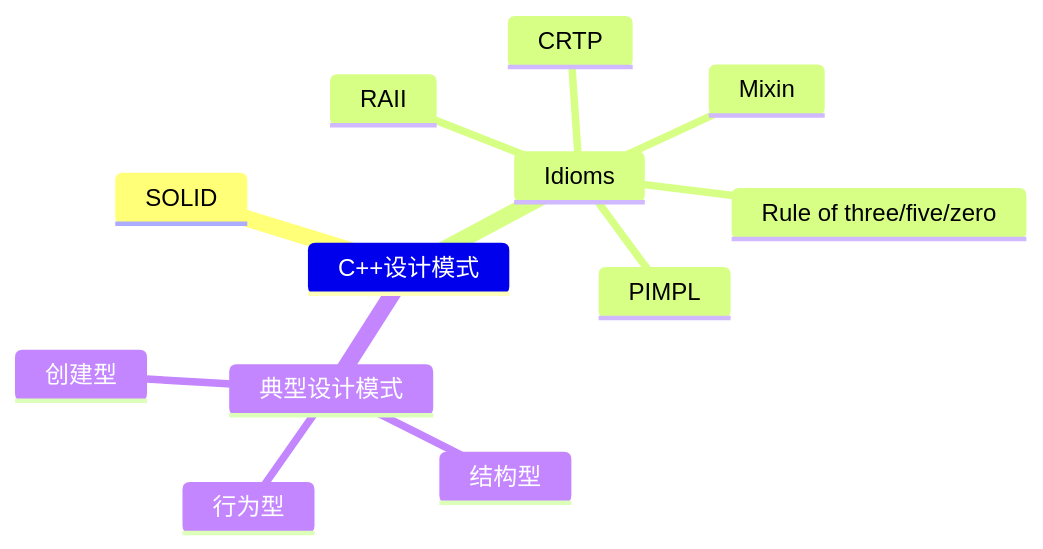
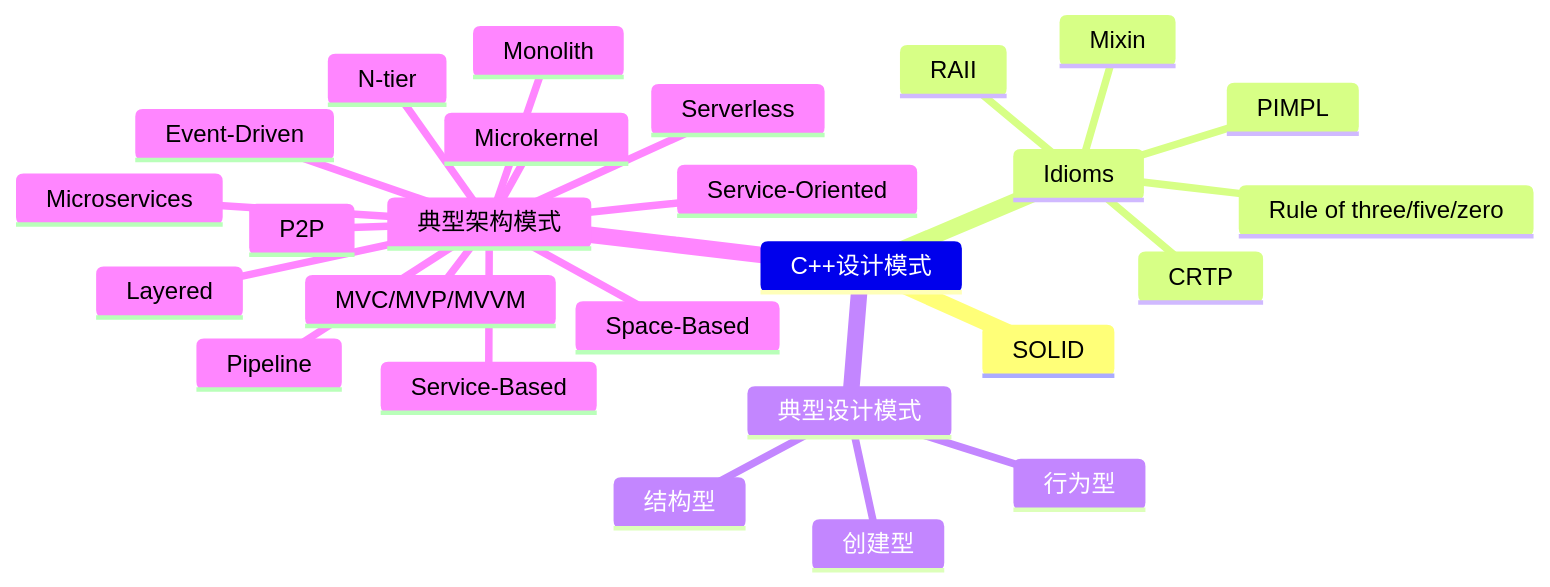
Before and after one commit to jishuguang/library: the diagram in docs/程序/C++/设计模式/设计模式.md, drawn with Mermaid.

Commit message:
Add arch pattern.

````diff
--- a/docs/程序/C++/设计模式/设计模式.md
+++ b/docs/程序/C++/设计模式/设计模式.md
@@ -3,15 +3,29 @@
 ```{mermaid}
 mindmap
 C++设计模式
   SOLID
   Idioms
     CRTP
     PIMPL
     RAII
     Rule of three/five/zero
     Mixin
   典型设计模式
     创建型
     结构型
-    行为型  
+    行为型
+  典型架构模式
+    Monolith
+    N-tier
+    P2P
+    Layered
+    Microkernel
+    Event-Driven
+    Pipeline
+    Space-Based
+    Microservices
+    Service-Oriented
+    Service-Based
+    Serverless
+    MVC/MVP/MVVM
 ```
````
